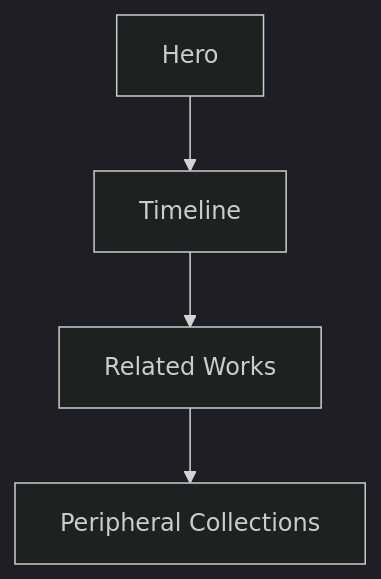
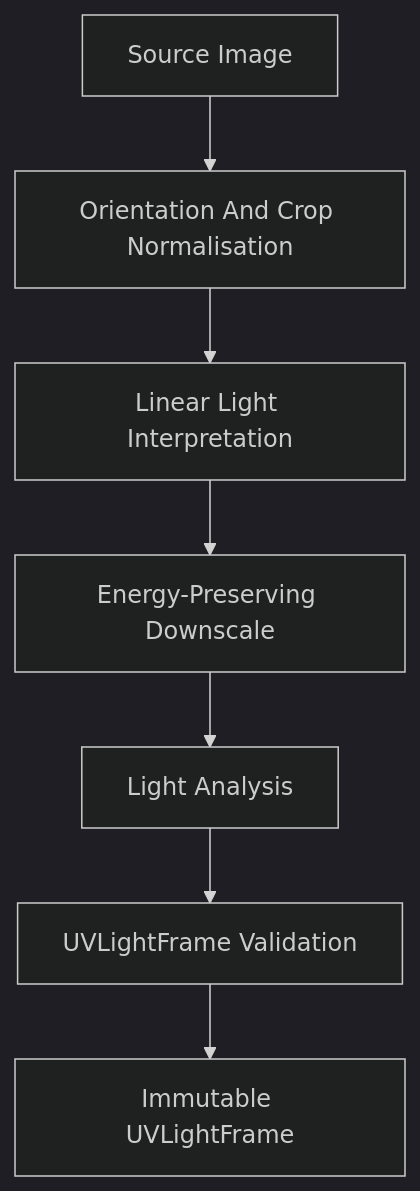
The second of 7 diagrams in docs/design/system/mds-003-material-system/08-uv-indexed-refraction.md (mosaic-media/architecture), drawn with Mermaid (dark theme) before and after one commit. The commit also changed other lines of this file and 12 other files, not shown here.

Commit message:
docs(mds-003): define refraction architecture

````diff
--- a/docs/design/system/mds-003-material-system/08-uv-indexed-refraction.md
+++ b/docs/design/system/mds-003-material-system/08-uv-indexed-refraction.md
@@ -171,12 +108,18 @@
 ```mermaid
 flowchart TD
 
-N1["Hero"]
-N2["Timeline"]
-N3["Related Works"]
-N4["Peripheral Collections"]
+N1["Source Image"]
+N2["Orientation And Crop Normalisation"]
+N3["Linear Light Interpretation"]
+N4["Energy-Preserving Downscale"]
+N5["Light Analysis"]
+N6["UVLightFrame Validation"]
+N7["Immutable UVLightFrame"]
 
 N1 --> N2
 N2 --> N3
 N3 --> N4
+N4 --> N5
+N5 --> N6
+N6 --> N7
 ```
````
